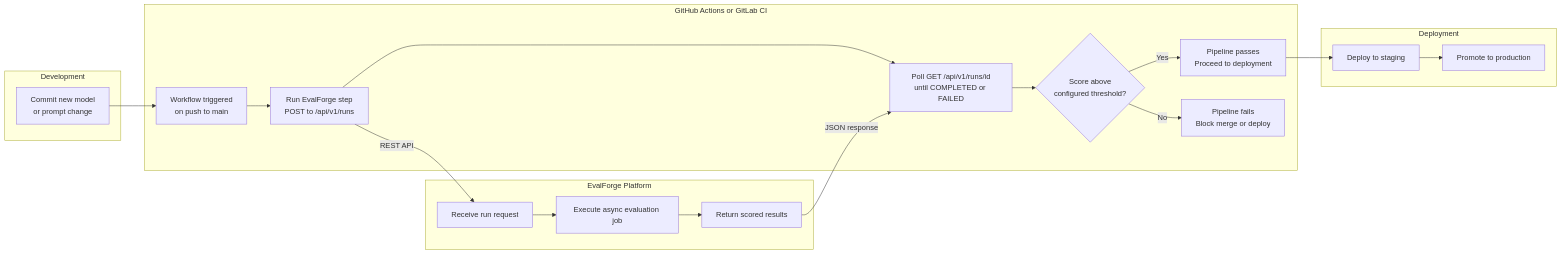
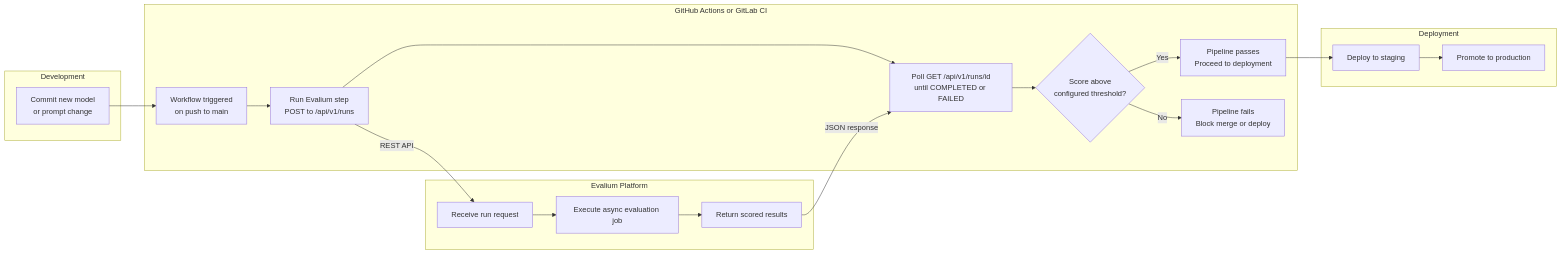
Before and after one commit to hardikkaurani/Eval-Forge: the seventh of 10 diagrams in README.md, drawn with Mermaid. The commit also changed other lines of this file and 10 other files, not shown here.

Commit message:
docs: rebrand platform references and documentation to Evalium

````diff
--- a/README.md
+++ b/README.md
@@ -462,36 +462,36 @@
 ```mermaid
 flowchart LR
     subgraph Dev [Development]
         COMMIT[Commit new model\nor prompt change]
     end
 
     subgraph CI [GitHub Actions or GitLab CI]
         TRIGGER[Workflow triggered\non push to main]
-        EVAL_STEP[Run EvalForge step\nPOST to /api/v1/runs]
+        EVAL_STEP[Run Evalium step\nPOST to /api/v1/runs]
         POLL[Poll GET /api/v1/runs/id\nuntil COMPLETED or FAILED]
         THRESHOLD{Score above\nconfigured threshold?}
         PASS[Pipeline passes\nProceed to deployment]
         FAIL[Pipeline fails\nBlock merge or deploy]
         TRIGGER --> EVAL_STEP --> POLL --> THRESHOLD
         THRESHOLD -->|Yes| PASS
         THRESHOLD -->|No| FAIL
     end
 
-    subgraph EvalForge [EvalForge Platform]
+    subgraph Evalium [Evalium Platform]
         API_RECV[Receive run request]
         ASYNC_EXEC[Execute async evaluation job]
         RESULT[Return scored results]
         API_RECV --> ASYNC_EXEC --> RESULT
     end
 
     subgraph Deploy [Deployment]
         STAGING[Deploy to staging]
         PROD[Promote to production]
         STAGING --> PROD
     end
 
     COMMIT --> TRIGGER
     EVAL_STEP -->|REST API| API_RECV
     RESULT -->|JSON response| POLL
     PASS --> STAGING
 ```
````
